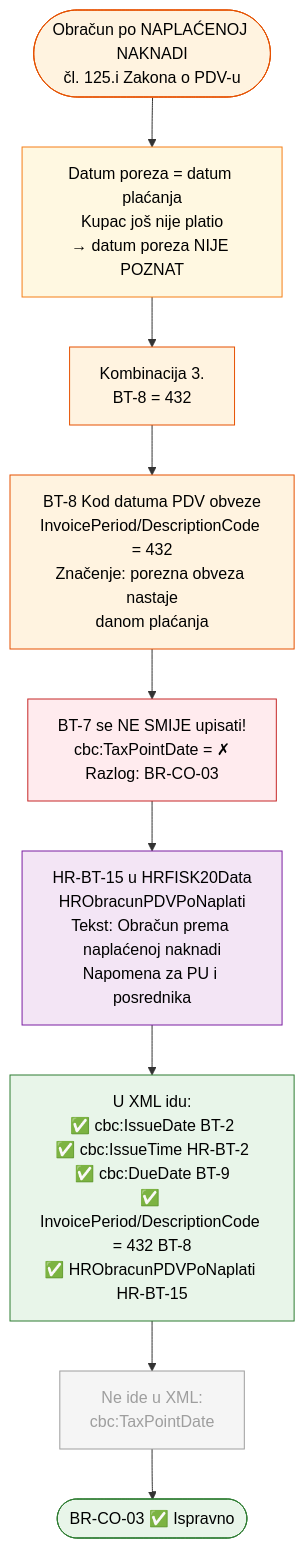
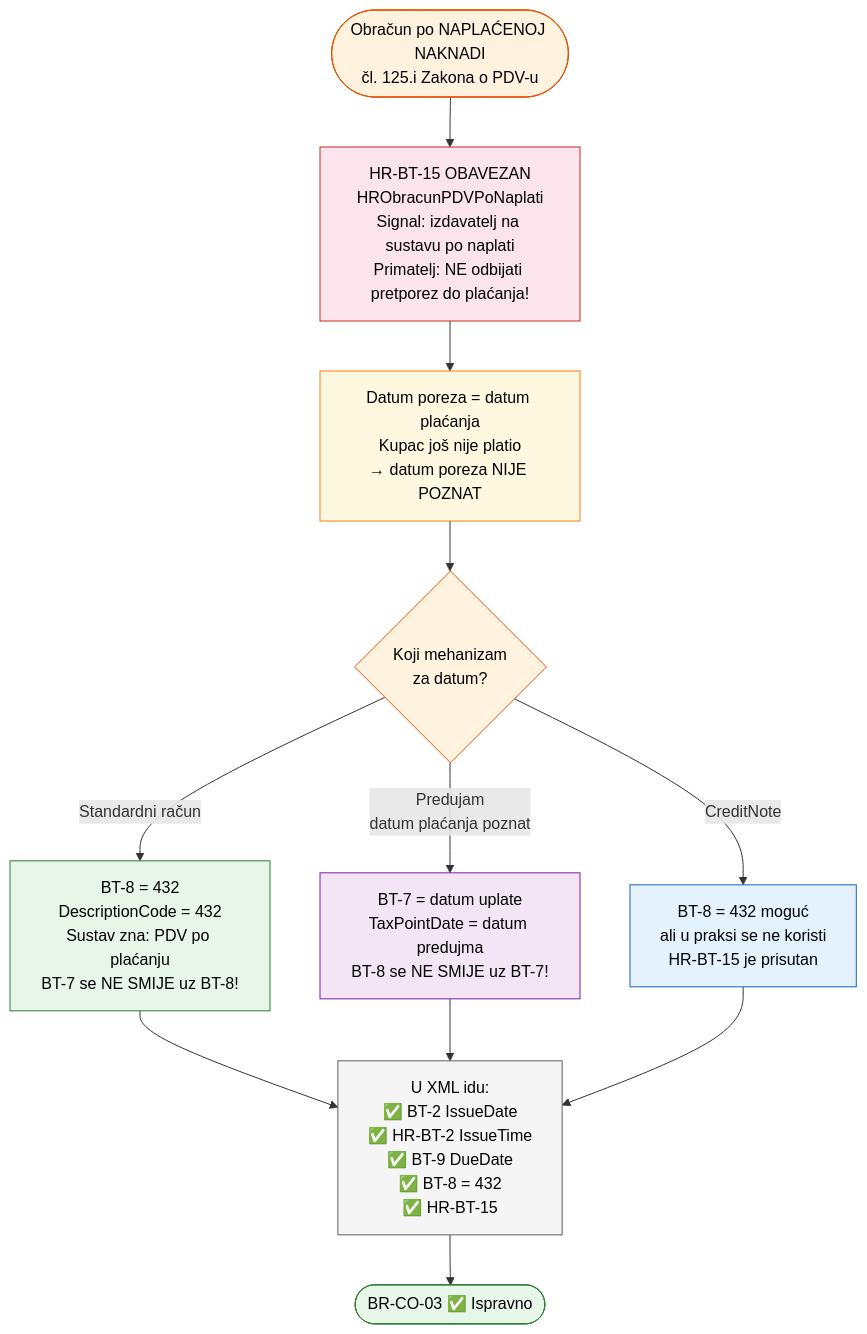
The third of 3 diagrams in docs/pravila.md (dageci/eracun-fiskalizacija-datumi), drawn with Mermaid before and after one commit. The commit also changed other lines of this file, not shown here.

Commit message:
HR-BT-15 dodan u flowcharte kao prvi korak
Glavni flowchart hijerarhije: HR-BT-15 je sada PRVI korak
("Postoji li HR-BT-15?") prije BT-7/BT-8/BT-2.
Slučaj 2 flowchart: HR-BT-15 na vrhu kao signal za režim,
tri grane za mehanizam (standardni=BT-8=432, predujam=BT-7,
CreditNote=BT-8=432 moguć ali u praksi ne korišten).
Blockquote "Što određuje datum poreza" ažuriran s HR-BT-15
kao korakom 1.

````diff
--- a/docs/pravila.md
+++ b/docs/pravila.md
@@ -238,28 +234,33 @@
 ```mermaid
 flowchart TD
     A([Obračun po NAPLAĆENOJ NAKNADI<br>čl. 125.i Zakona o PDV-u])
-    A --> B[Datum poreza = datum plaćanja<br>Kupac još nije platio<br>→ datum poreza NIJE POZNAT]
 
-    B --> C[Kombinacija 3.<br>BT-8 = 432]
-    C --> C1[BT-8 Kod datuma PDV obveze<br>InvoicePeriod/DescriptionCode = 432<br>Značenje: porezna obveza nastaje<br>danom plaćanja]
+    A --> HRBT15[HR-BT-15 OBAVEZAN<br>HRObracunPDVPoNaplati<br>Signal: izdavatelj na sustavu po naplati<br>Primatelj: NE odbijati pretporez do plaćanja!]
 
-    C1 --> C2[BT-7 se NE SMIJE upisati!<br>cbc:TaxPointDate = ✗<br>Razlog: BR-CO-03]
+    HRBT15 --> B[Datum poreza = datum plaćanja<br>Kupac još nije platio<br>→ datum poreza NIJE POZNAT]
 
-    C2 --> C3[HR-BT-15 u HRFISK20Data<br>HRObracunPDVPoNaplati<br>Tekst: Obračun prema naplaćenoj naknadi<br>Napomena za PU i posrednika]
+    B --> C{Koji mehanizam<br>za datum?}
 
-    C3 --> XML[U XML idu:<br>✅ cbc:IssueDate BT-2<br>✅ cbc:IssueTime HR-BT-2<br>✅ cbc:DueDate BT-9<br>✅ InvoicePeriod/DescriptionCode = 432 BT-8<br>✅ HRObracunPDVPoNaplati HR-BT-15]
+    C -->|Standardni račun| C1[BT-8 = 432<br>DescriptionCode = 432<br>Sustav zna: PDV po plaćanju<br>BT-7 se NE SMIJE uz BT-8!]
 
-    XML --> N[Ne ide u XML:<br>cbc:TaxPointDate]
+    C -->|Predujam<br>datum plaćanja poznat| C2[BT-7 = datum uplate<br>TaxPointDate = datum predujma<br>BT-8 se NE SMIJE uz BT-7!]
 
-    N --> OK([BR-CO-03 ✅ Ispravno])
+    C -->|CreditNote| C3[BT-8 = 432 moguć<br>ali u praksi se ne koristi<br>HR-BT-15 je prisutan]
+
+    C1 --> XML[U XML idu:<br>✅ BT-2 IssueDate<br>✅ HR-BT-2 IssueTime<br>✅ BT-9 DueDate<br>✅ BT-8 = 432<br>✅ HR-BT-15]
+
+    C2 --> XML
+    C3 --> XML
+
+    XML --> OK([BR-CO-03 ✅ Ispravno])
 
     style A fill:#fff3e0,stroke:#e65100,color:#000
+    style HRBT15 fill:#fce4ec,stroke:#c62828,color:#000
     style B fill:#fff8e1,stroke:#f57f17,color:#000
     style C fill:#fff3e0,stroke:#e65100,color:#000
-    style C1 fill:#fff3e0,stroke:#e65100,color:#000
-    style C2 fill:#ffebee,stroke:#c62828,color:#000
-    style C3 fill:#f3e5f5,stroke:#7b1fa2,color:#000
-    style XML fill:#e8f5e9,stroke:#2e7d32,color:#000
-    style N fill:#f5f5f5,stroke:#9e9e9e,color:#9e9e9e
+    style C1 fill:#e8f5e9,stroke:#2e7d32,color:#000
+    style C2 fill:#f3e5f5,stroke:#7b1fa2,color:#000
+    style C3 fill:#e3f2fd,stroke:#1565c0,color:#000
+    style XML fill:#f5f5f5,stroke:#616161,color:#000
     style OK fill:#e8f5e9,stroke:#2e7d32,color:#000
 ```
````
